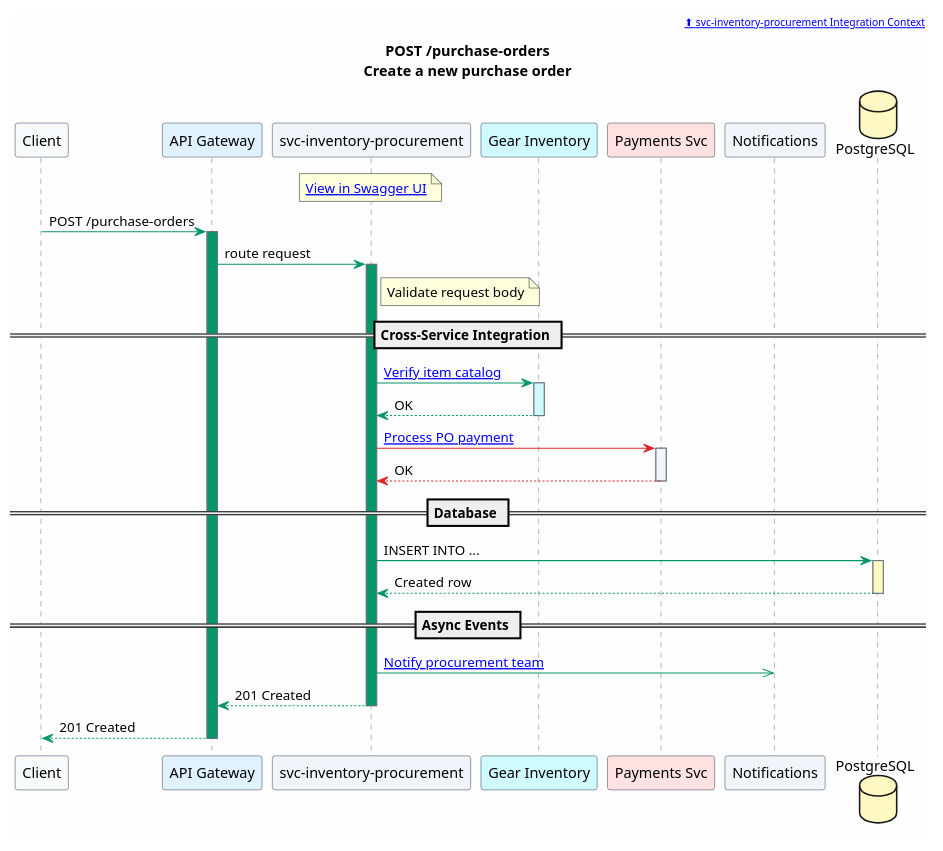
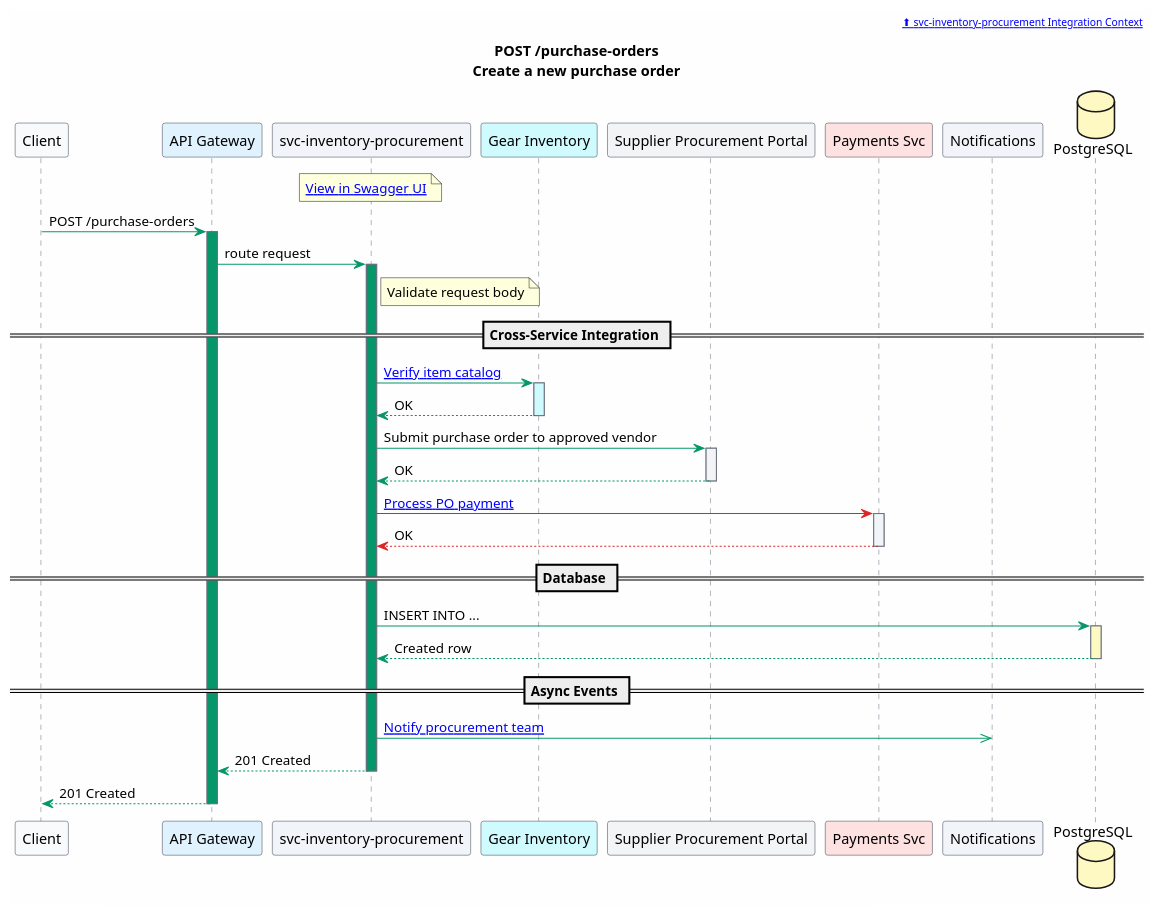
One commit to christopherblaisdell/continuous-architecture-platform-poc changed the diagram in portal/docs/microservices/puml/svc-inventory-procurement--post-purchase-orders.puml. Above: the diagram before and after it, drawn with PlantUML. The commit also changed 31 other files, not shown here.

```diff
--- a/portal/docs/microservices/puml/svc-inventory-procurement--post-purchase-orders.puml
+++ b/portal/docs/microservices/puml/svc-inventory-procurement--post-purchase-orders.puml
@@ -1,68 +1,74 @@
 @startuml svc-inventory-procurement--post-purchase-orders
 
 skinparam backgroundColor #FEFEFE
 skinparam shadowing false
 skinparam defaultFontName "Segoe UI"
 skinparam sequence {
     ArrowColor #059669
     ParticipantBorderColor #374151
     ParticipantBackgroundColor #F9FAFB
     LifeLineBorderColor #6B7280
     BoxBorderColor #94A3B8
     BoxBackgroundColor #F8FAFC
     NoteBorderColor #64748B
     NoteBackgroundColor #F8FAFC
 }
 
 header [[/microservices/svc-inventory-procurement/#integration-context ⬆ svc-inventory-procurement Integration Context]]
 
 title POST /purchase-orders\nCreate a new purchase order
 
 participant "Client" as Client [[/applications/]]
 participant "API Gateway" as GW [[/actors/#api-gateway]] #E0F2FE
 participant "svc-inventory-procurement" as Svc [[/microservices/svc-inventory-procurement/]] #F1F5F9
 participant "Gear Inventory" as GI [[/microservices/svc-gear-inventory/]] #CFFAFE
+participant "Supplier Procurement Portal" as Supplier [[/actors/#supplier-procurement-portal]] #F3F4F6
 participant "Payments Svc" as Pay [[/microservices/svc-payments/]] #FEE2E2
 participant "Notifications" as Ntfy [[/microservices/svc-notifications/]] #F1F5F9
 database "PostgreSQL" as DB [[/microservices/svc-inventory-procurement/#data-store]] #FEF9C3
 
 note over Svc
   [[/services/api/svc-inventory-procurement.html View in Swagger UI]]
 end note
 
 Client -> GW : POST /purchase-orders
 activate GW #059669
 GW -> Svc : route request
 activate Svc #059669
 
 note right of Svc : Validate request body
 
 == Cross-Service Integration ==
 
 Svc -> GI : [[/microservices/svc-gear-inventory/#get-gear-items-search-gear-inventory Verify item catalog]]
 activate GI #CFFAFE
 GI --> Svc : OK
 deactivate GI
+
+Svc -> Supplier : Submit purchase order to approved vendor
+activate Supplier #F3F4F6
+Supplier --> Svc : OK
+deactivate Supplier
 
 Svc -[#DC2626]> Pay : [[/microservices/svc-payments/#post-payments-process-a-payment Process PO payment]]
 activate Pay #F1F5F9
 Pay --[#DC2626]> Svc : OK
 deactivate Pay
 
 == Database ==
 
 Svc -> DB : INSERT INTO ...
 activate DB #FEF9C3
 DB --> Svc : Created row
 deactivate DB
 
 == Async Events ==
 
 Svc ->> Ntfy : [[/microservices/svc-notifications/#post-notifications-send-a-notification Notify procurement team]]
 
 Svc --> GW : 201 Created
 deactivate Svc
 GW --> Client : 201 Created
 deactivate GW
 
 @enduml
```
